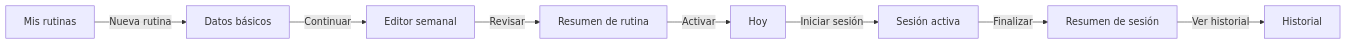
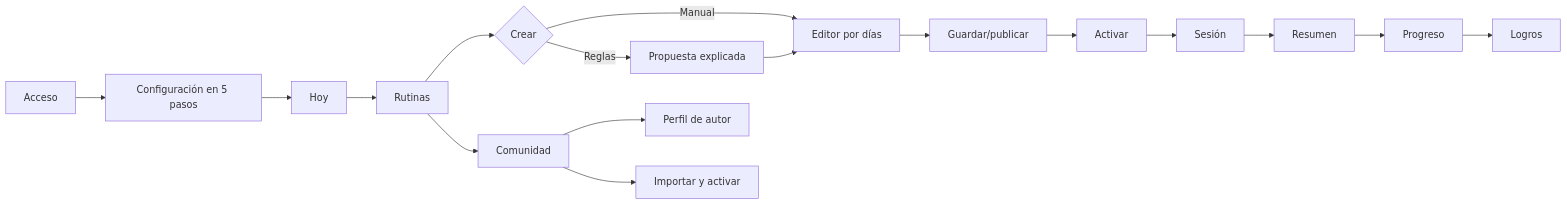
One commit to FranciscoMancebo/TFM-M-ster-en-Desarrollo-con-IA changed the diagram in docs/ux/01-wireflow-recorrido-principal.md. Above: the diagram before and after it, drawn with Mermaid. The commit also changed other lines of this file and 28 other files, not shown here.

````diff
--- a/docs/ux/01-wireflow-recorrido-principal.md
+++ b/docs/ux/01-wireflow-recorrido-principal.md
@@ -11,10 +9,19 @@
 ```mermaid
 flowchart LR
-    A[Mis rutinas] -->|Nueva rutina| B[Datos básicos]
-    B -->|Continuar| C[Editor semanal]
-    C -->|Revisar| D[Resumen de rutina]
-    D -->|Activar| E[Hoy]
-    E -->|Iniciar sesión| F[Sesión activa]
-    F -->|Finalizar| G[Resumen de sesión]
-    G -->|Ver historial| H[Historial]
+    A[Acceso] --> B[Configuración en 5 pasos]
+    B --> C[Hoy]
+    C --> D[Rutinas]
+    D --> E{Crear}
+    E -->|Manual| F[Editor por días]
+    E -->|Reglas| G[Propuesta explicada]
+    G --> F
+    F --> H[Guardar/publicar]
+    H --> I[Activar]
+    I --> J[Sesión]
+    J --> K[Resumen]
+    K --> L[Progreso]
+    D --> M[Comunidad]
+    M --> N[Perfil de autor]
+    M --> O[Importar y activar]
+    L --> P[Logros]
 ```
````
